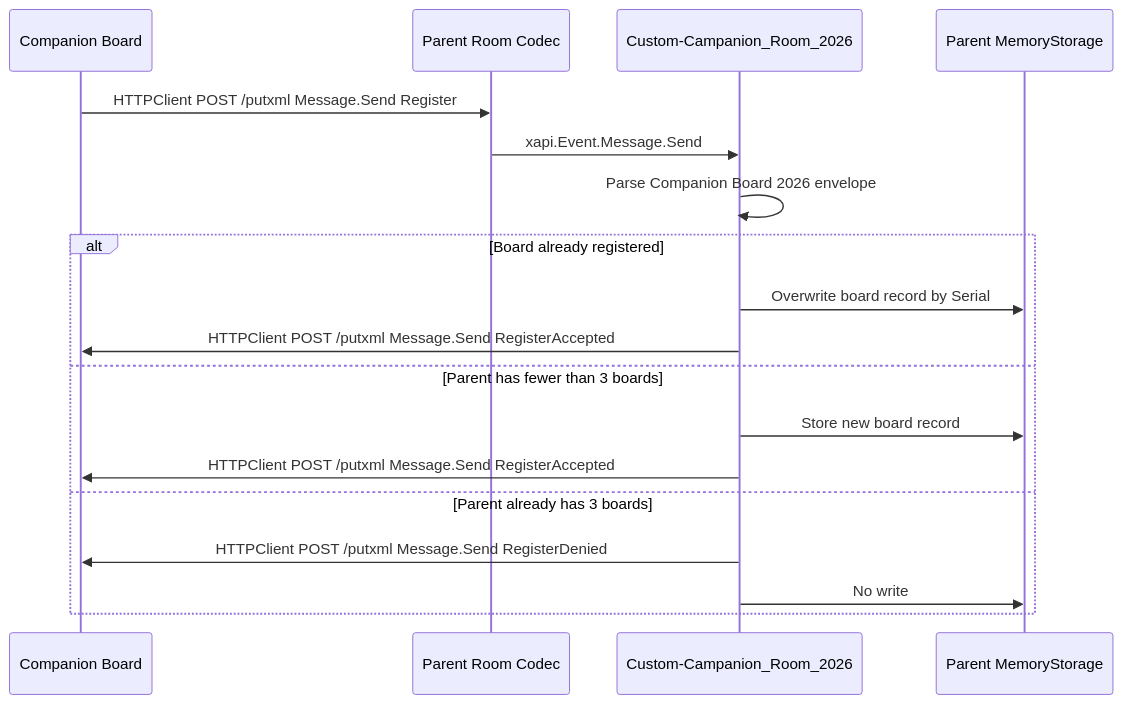
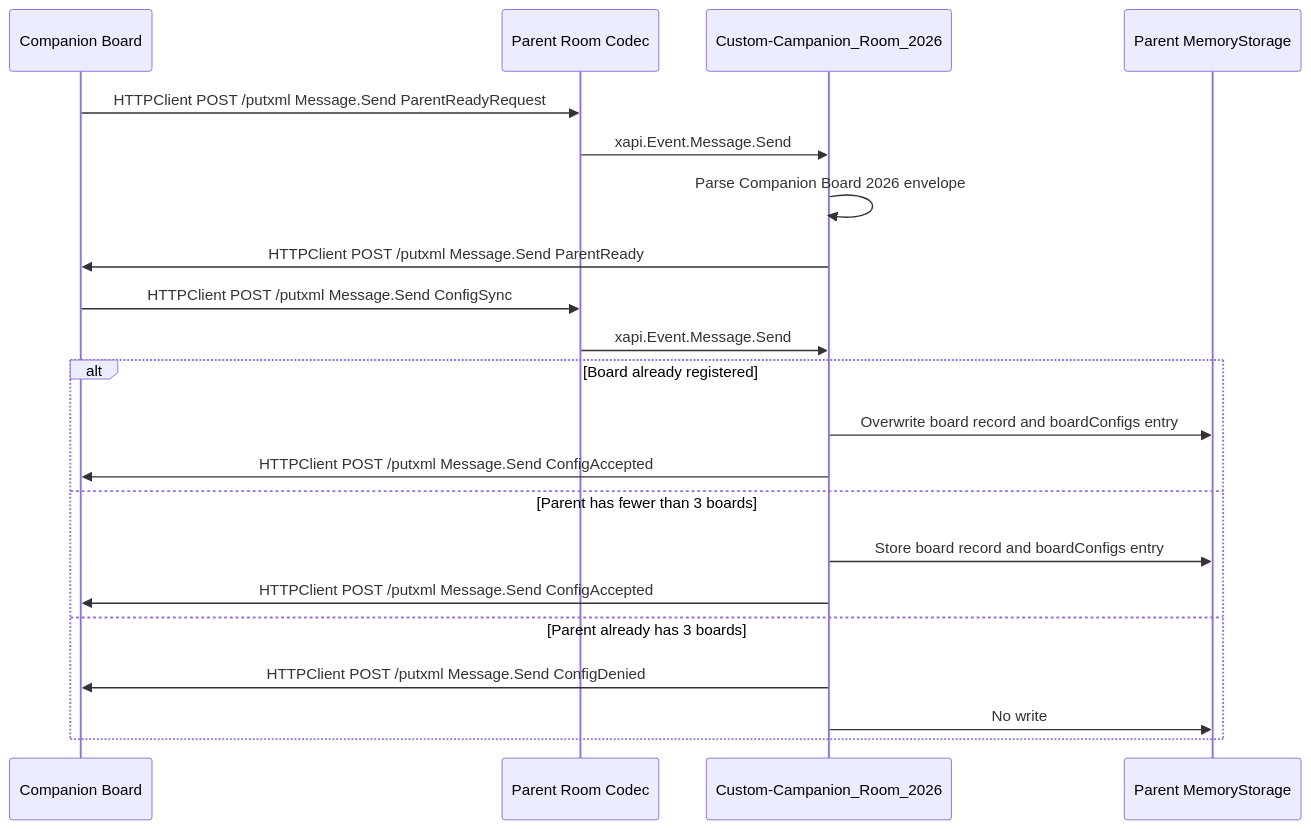
Before and after one commit to ctg-tme/Custom_Companion_2026: the third of 7 diagrams in README.md, drawn with Mermaid. The commit also changed other lines of this file and 5 other files, not shown here.

Commit message:
Move parent config to message sync

````diff
--- a/README.md
+++ b/README.md
@@ -72,21 +74,24 @@
 ```mermaid
 sequenceDiagram
 	participant Board as Companion Board
 	participant Parent as Parent Room Codec
 	participant ParentMacro as Custom-Campanion_Room_2026
 	participant ParentMemory as Parent MemoryStorage
 
-	Board->>Parent: HTTPClient POST /putxml Message.Send Register
+	Board->>Parent: HTTPClient POST /putxml Message.Send ParentReadyRequest
 	Parent->>ParentMacro: xapi.Event.Message.Send
 	ParentMacro->>ParentMacro: Parse Companion Board 2026 envelope
+	ParentMacro->>Board: HTTPClient POST /putxml Message.Send ParentReady
+	Board->>Parent: HTTPClient POST /putxml Message.Send ConfigSync
+	Parent->>ParentMacro: xapi.Event.Message.Send
 	alt Board already registered
-		ParentMacro->>ParentMemory: Overwrite board record by Serial
-		ParentMacro->>Board: HTTPClient POST /putxml Message.Send RegisterAccepted
+		ParentMacro->>ParentMemory: Overwrite board record and boardConfigs entry
+		ParentMacro->>Board: HTTPClient POST /putxml Message.Send ConfigAccepted
 	else Parent has fewer than 3 boards
-		ParentMacro->>ParentMemory: Store new board record
-		ParentMacro->>Board: HTTPClient POST /putxml Message.Send RegisterAccepted
+		ParentMacro->>ParentMemory: Store board record and boardConfigs entry
+		ParentMacro->>Board: HTTPClient POST /putxml Message.Send ConfigAccepted
 	else Parent already has 3 boards
-		ParentMacro->>Board: HTTPClient POST /putxml Message.Send RegisterDenied
+		ParentMacro->>Board: HTTPClient POST /putxml Message.Send ConfigDenied
 		ParentMacro->>ParentMemory: No write
 	end
 ```
````
